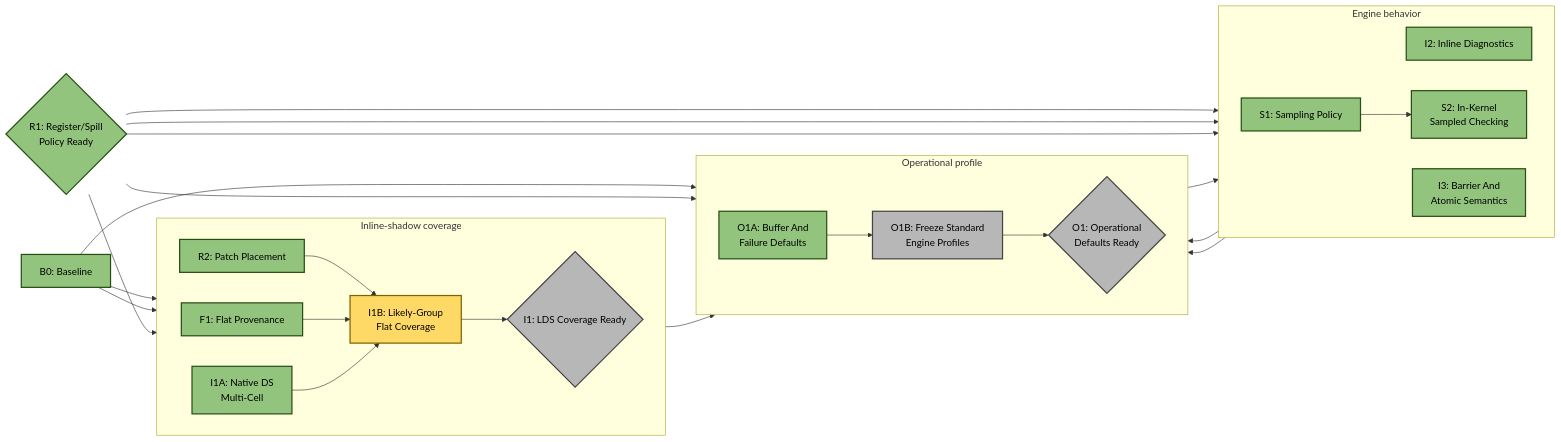
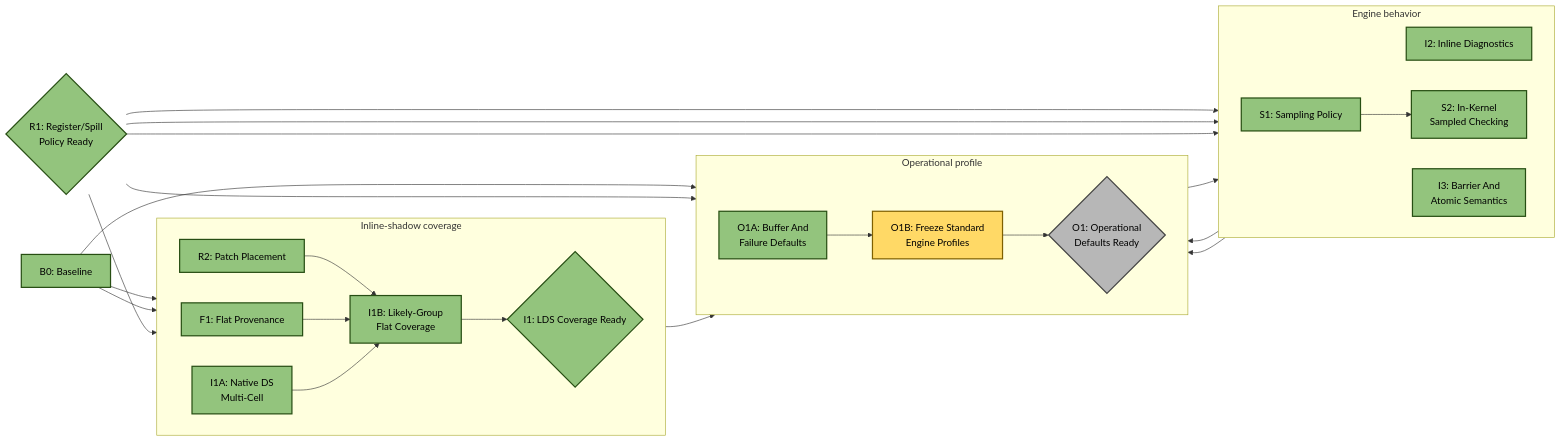
One commit to ROCm/rocm-systems changed the second of 4 diagrams in emulation/rocjitsu/docs/consan/PLAN.md. Above: the diagram before and after it, drawn with Mermaid. The commit also changed other lines of this file and 7 other files, not shown here.

Commit message:
Cover group-flat accesses in inline shadow

````diff
--- a/emulation/rocjitsu/docs/consan/PLAN.md
+++ b/emulation/rocjitsu/docs/consan/PLAN.md
@@ -120,56 +120,56 @@
 ```mermaid
 flowchart LR
   B0["B0: Baseline"]:::done
   R1{"R1: Register/Spill<br/>Policy Ready"}:::done
 
   subgraph INLINE["Inline-shadow coverage"]
     direction LR
     R2["R2: Patch Placement"]:::done
     F1["F1: Flat Provenance"]:::done
     I1A["I1A: Native DS<br/>Multi-Cell"]:::done
-    I1B["I1B: Likely-Group<br/>Flat Coverage"]:::active
-    I1{"I1: LDS Coverage Ready"}:::todo
+    I1B["I1B: Likely-Group<br/>Flat Coverage"]:::done
+    I1{"I1: LDS Coverage Ready"}:::done
 
     R2 --> I1B
     F1 --> I1B
     I1A --> I1B
     I1B --> I1
   end
 
   subgraph BEHAVIOR["Engine behavior"]
     direction LR
     I2["I2: Inline Diagnostics"]:::done
     I3["I3: Barrier And<br/>Atomic Semantics"]:::done
     S1["S1: Sampling Policy"]:::done
     S2["S2: In-Kernel<br/>Sampled Checking"]:::done
 
     S1 --> S2
   end
 
   subgraph OPS["Operational profile"]
     direction LR
     O1A["O1A: Buffer And<br/>Failure Defaults"]:::done
-    O1B["O1B: Freeze Standard<br/>Engine Profiles"]:::todo
+    O1B["O1B: Freeze Standard<br/>Engine Profiles"]:::active
     O1{"O1: Operational<br/>Defaults Ready"}:::todo
 
     O1A --> O1B
     O1B --> O1
   end
 
   B0 --> R2
   B0 --> F1
   B0 --> O1A
   R1 --> I1A
   R1 --> I2
   R1 --> I3
   R1 --> S1
   R1 --> O1B
   O1A --> I2
   I1 --> O1B
   I3 --> O1B
   S1 --> O1B
 
   classDef done fill:#93c47d,stroke:#274e13,stroke-width:2px,color:#000;
   classDef active fill:#ffd966,stroke:#7f6000,stroke-width:2px,color:#000;
   classDef todo fill:#b7b7b7,stroke:#434343,stroke-width:2px,color:#000;
 ```
````
